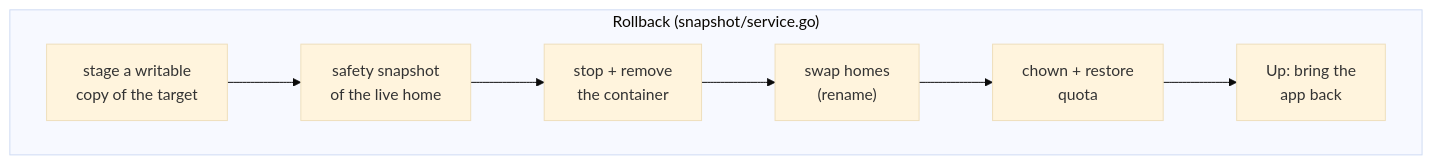
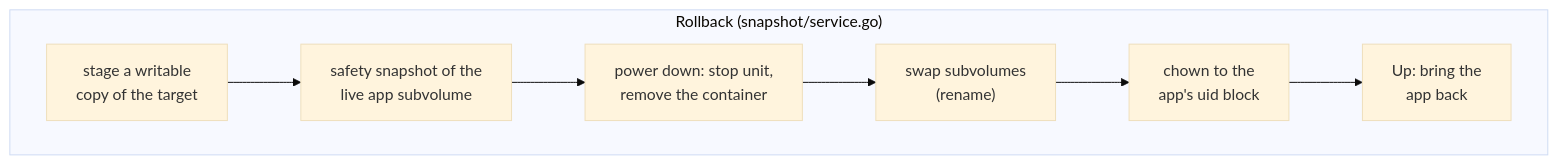
The eighth of 9 diagrams in docs/slides/presentations/tech-overview.md (binwiederhier/hostit), drawn with Mermaid (base theme) before and after one commit. The commit also changed other lines of this file and 21 other files, not shown here.

````diff
--- a/docs/slides/presentations/tech-overview.md
+++ b/docs/slides/presentations/tech-overview.md
@@ -388,11 +388,11 @@
 ```mermaid {scale: 0.58}
 flowchart LR
   subgraph rb["Rollback (snapshot/service.go)"]
     direction LR
-    a["stage a writable<br/>copy of the target"] --> b["safety snapshot<br/>of the live home"]
-    b --> c["stop + remove<br/>the container"]
-    c --> d["swap homes<br/>(rename)"]
-    d --> e["chown + restore<br/>quota"]
+    a["stage a writable<br/>copy of the target"] --> b["safety snapshot of the<br/>live app subvolume"]
+    b --> c["power down: stop unit,<br/>remove the container"]
+    c --> d["swap subvolumes<br/>(rename)"]
+    d --> e["chown to the<br/>app's uid block"]
     e --> f["Up: bring the<br/>app back"]
   end
 ```
````
